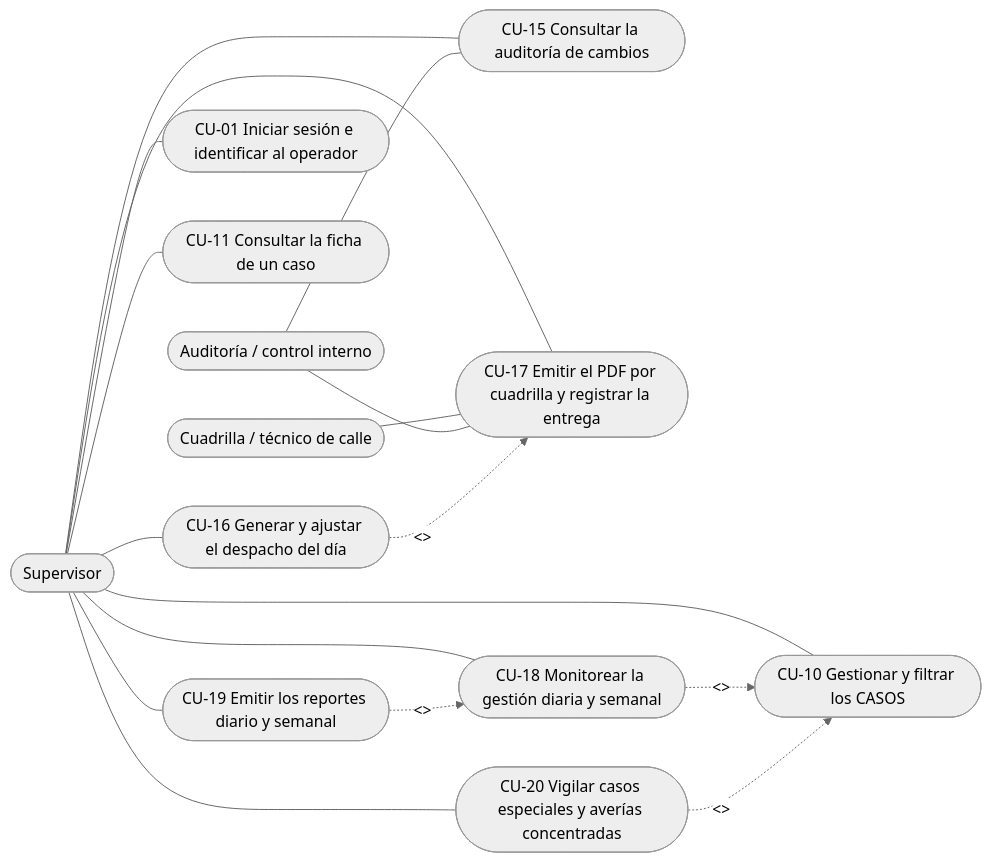
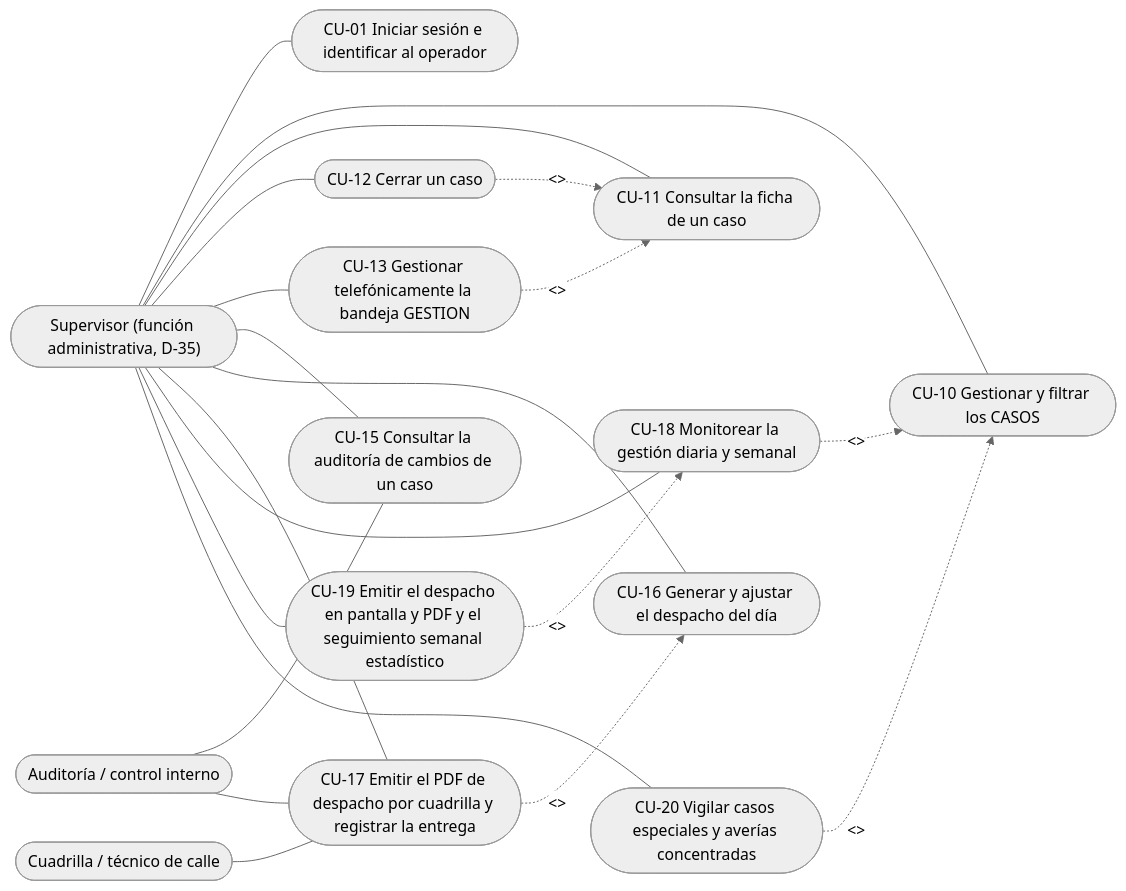
Before and after one commit to anlucorporations/GGTO: the third of 8 diagrams in RepoTecnico/casos_uso/diagramas.md, drawn with Mermaid (neutral theme). The commit also changed other lines of this file and 3 other files, not shown here.

````diff
--- a/RepoTecnico/casos_uso/diagramas.md
+++ b/RepoTecnico/casos_uso/diagramas.md
@@ -160,35 +162,41 @@
 ```mermaid
 flowchart LR
-    SUP(["Supervisor"])
+    SUP(["Supervisor (función administrativa, D-35)"])
     CUA(["Cuadrilla / técnico de calle"])
     AUD(["Auditoría / control interno"])
 
     CU01([CU-01 Iniciar sesión e identificar al operador])
     CU10([CU-10 Gestionar y filtrar los CASOS])
     CU11([CU-11 Consultar la ficha de un caso])
-    CU15([CU-15 Consultar la auditoría de cambios])
+    CU12([CU-12 Cerrar un caso])
+    CU13([CU-13 Gestionar telefónicamente la bandeja GESTION])
+    CU15([CU-15 Consultar la auditoría de cambios de un caso])
     CU16([CU-16 Generar y ajustar el despacho del día])
-    CU17([CU-17 Emitir el PDF por cuadrilla y registrar la entrega])
+    CU17([CU-17 Emitir el PDF de despacho por cuadrilla y registrar la entrega])
     CU18([CU-18 Monitorear la gestión diaria y semanal])
-    CU19([CU-19 Emitir los reportes diario y semanal])
+    CU19([CU-19 Emitir el despacho en pantalla y PDF y el seguimiento semanal estadístico])
     CU20([CU-20 Vigilar casos especiales y averías concentradas])
 
     SUP --- CU01
     SUP --- CU10
     SUP --- CU11
+    SUP --- CU12
+    SUP --- CU13
     SUP --- CU15
     SUP --- CU16
     SUP --- CU17
     SUP --- CU18
     SUP --- CU19
     SUP --- CU20
 
     CUA --- CU17
     AUD --- CU15
     AUD --- CU17
 
-    CU16 -.->|"<<include>>"| CU17
+    CU12 -.->|"<<include>>"| CU11
+    CU13 -.->|"<<include>>"| CU11
+    CU17 -.->|"<<include>>"| CU16
     CU18 -.->|"<<include>>"| CU10
     CU19 -.->|"<<include>>"| CU18
     CU20 -.->|"<<include>>"| CU10
 ```
````
